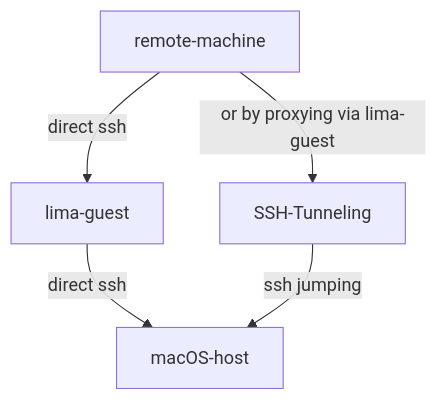
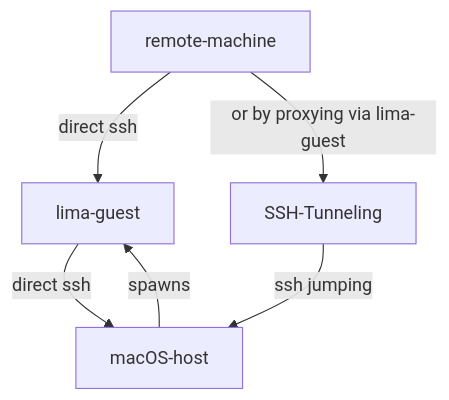
The diagram in lima/tailscale/README.md (ryuheechul/provision), drawn with Mermaid before and after one commit. The commit also changed 1 other file, not shown here.

Commit message:
Elaborate the relationship between lima-guest and macOS-host

````diff
--- a/lima/tailscale/README.md
+++ b/lima/tailscale/README.md
@@ -36,7 +36,8 @@
 ```mermaid
 flowchart TD
     remote-machine -- direct ssh --> lima-guest
     remote-machine -- or by proxying via lima-guest --> SSH-Tunneling
     lima-guest -- direct ssh --> macOS-host
     SSH-Tunneling -- ssh jumping --> macOS-host
+    macOS-host -- spawns --> lima-guest
 ```
````
